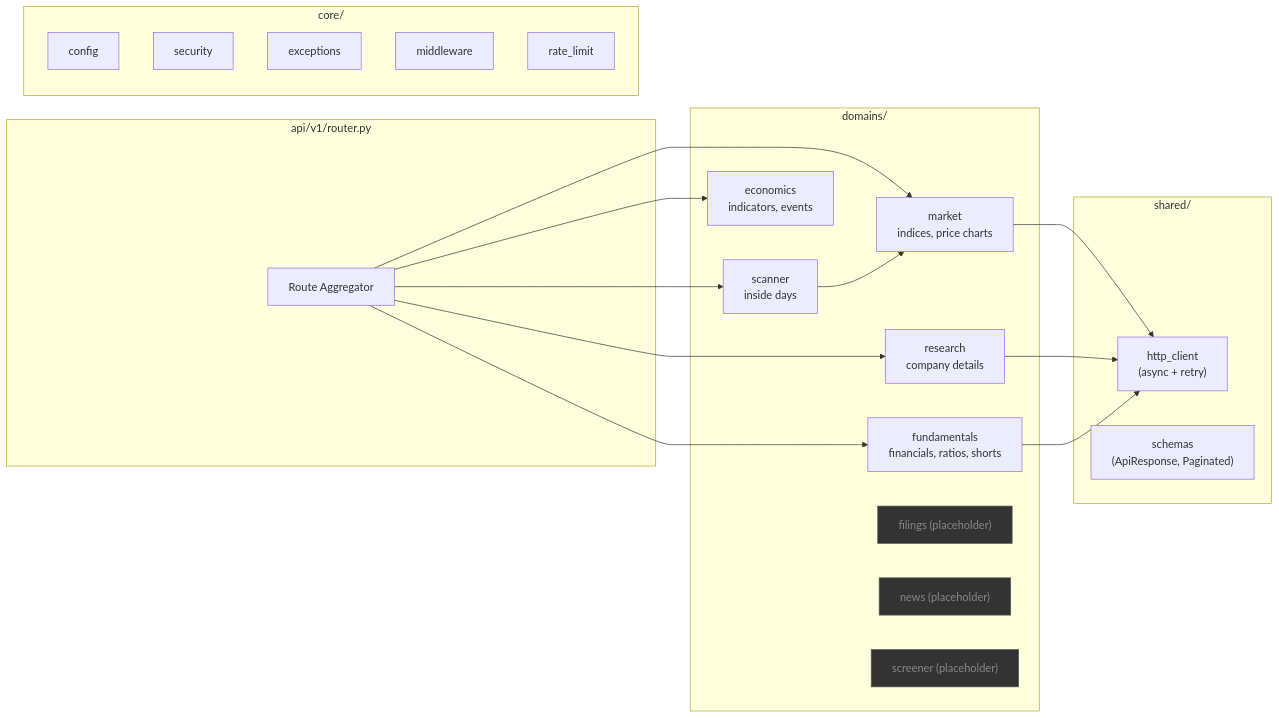
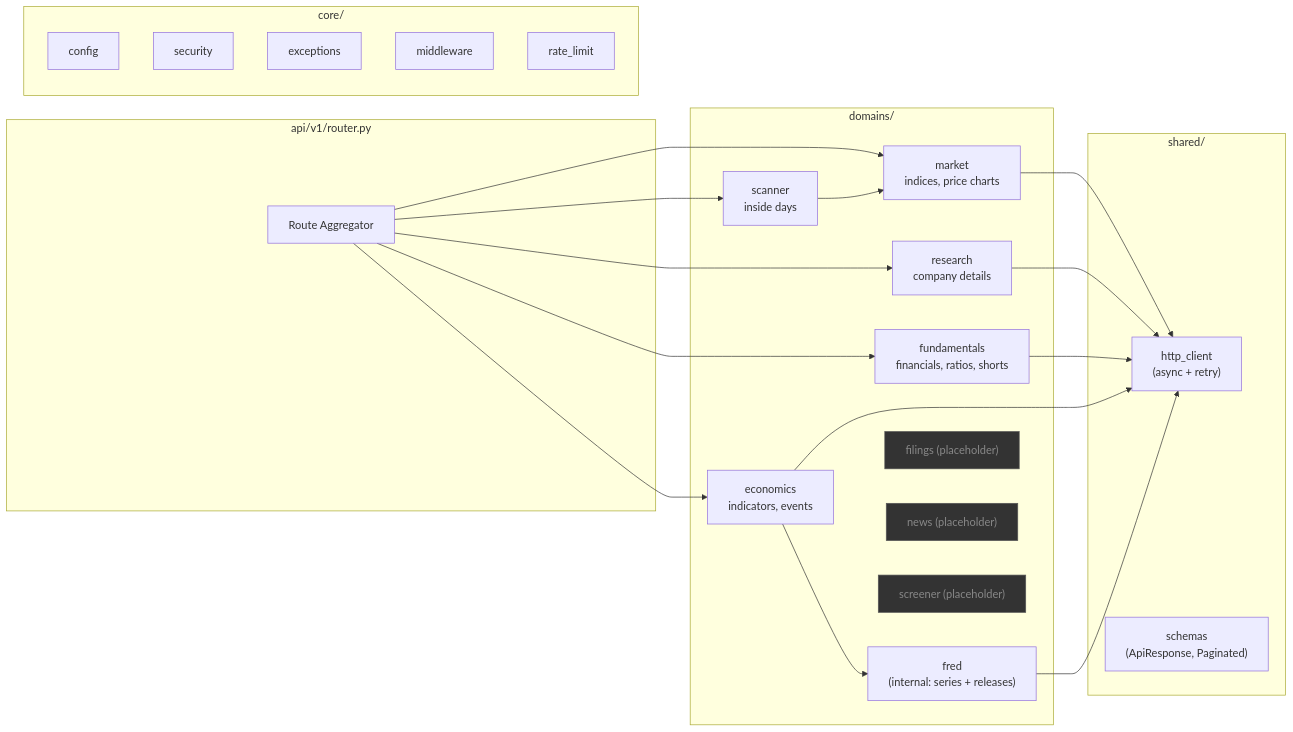
Before and after one commit to eshaank/finance-dashboard: the second of 5 diagrams in project-docs/ARCHITECTURE.md, drawn with Mermaid. The commit also changed other lines of this file and 23 other files, not shown here.

````diff
--- a/project-docs/ARCHITECTURE.md
+++ b/project-docs/ARCHITECTURE.md
@@ -47,45 +49,49 @@
 ```mermaid
 graph LR
     subgraph api["api/v1/router.py"]
         AGG["Route Aggregator"]
     end
 
     subgraph core["core/"]
         CFG["config"]
         SEC["security"]
         EXC["exceptions"]
         MID["middleware"]
         RL["rate_limit"]
     end
 
     subgraph shared["shared/"]
         HC["http_client<br/>(async + retry)"]
         SCH["schemas<br/>(ApiResponse, Paginated)"]
     end
 
     subgraph domains["domains/"]
         MKT["market<br/>indices, price charts"]
         RES["research<br/>company details"]
         FUN["fundamentals<br/>financials, ratios, shorts"]
         SCN["scanner<br/>inside days"]
         ECO["economics<br/>indicators, events"]
+        FRD["fred<br/>(internal: series + releases)"]
         FIL["filings (placeholder)"]
         NEW["news (placeholder)"]
         SCR["screener (placeholder)"]
     end
 
     AGG --> MKT
     AGG --> RES
     AGG --> FUN
     AGG --> SCN
     AGG --> ECO
 
     MKT --> HC
     RES --> HC
     FUN --> HC
     SCN --> MKT
+    ECO --> FRD
+    ECO --> HC
+    FRD --> HC
 
     style FIL fill:#333,stroke:#555,color:#888
     style NEW fill:#333,stroke:#555,color:#888
     style SCR fill:#333,stroke:#555,color:#888
 ```
````
